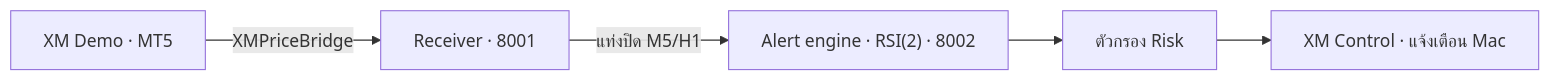
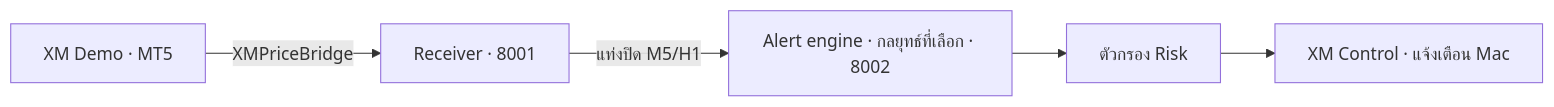
Before and after one commit to bird50/personal-trade-monitor: the diagram in xauusd-ai-agent/README.md, drawn with Mermaid. The commit also changed other lines of this file and 19 other files, not shown here.

````diff
--- a/xauusd-ai-agent/README.md
+++ b/xauusd-ai-agent/README.md
@@ -14,7 +14,7 @@
 ```mermaid
 flowchart LR
     MT5["XM Demo · MT5"] -->|"XMPriceBridge"| Feed["Receiver · 8001"]
-    Feed -->|"แท่งปิด M5/H1"| Engine["Alert engine · RSI(2) · 8002"]
+    Feed -->|"แท่งปิด M5/H1"| Engine["Alert engine · กลยุทธ์ที่เลือก · 8002"]
     Engine --> Risk["ตัวกรอง Risk"]
     Risk --> UI["XM Control · แจ้งเตือน Mac"]
 ```
````
